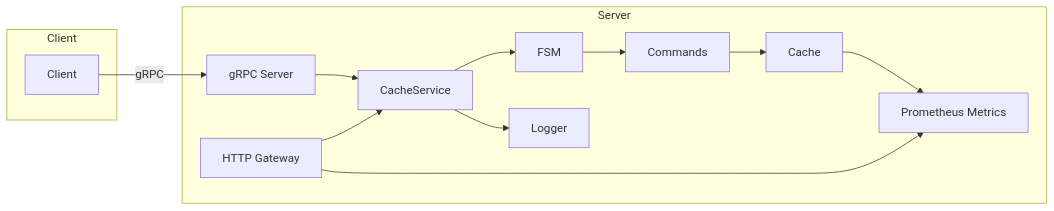
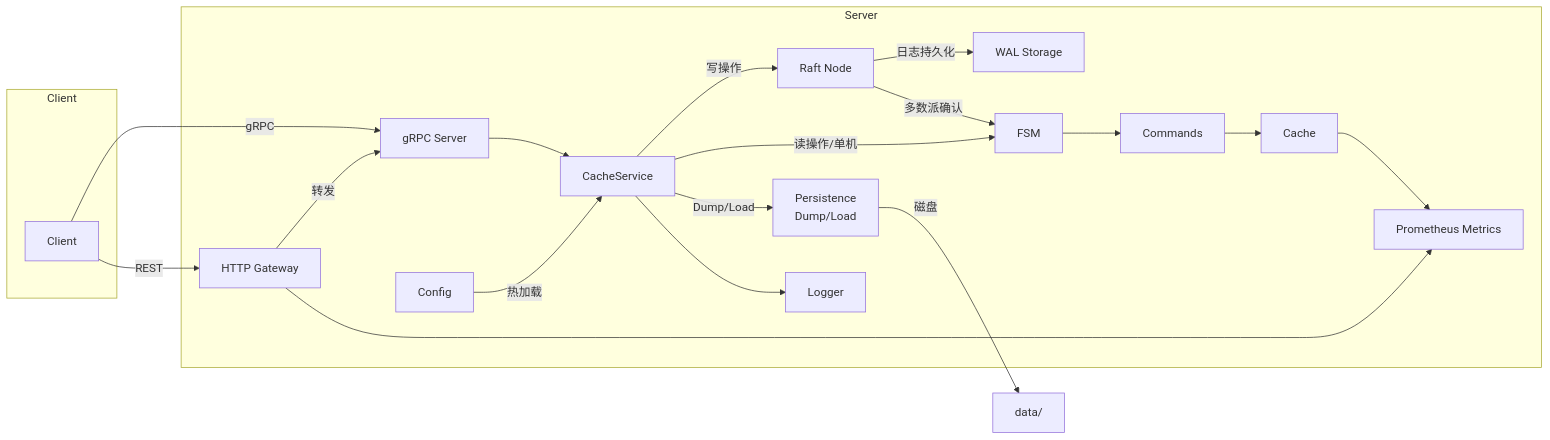
One commit to lushenle/simple-cache changed the first of 2 diagrams in docs/architecture.md. Above: the diagram before and after it, drawn with Mermaid. The commit also changed other lines of this file and 25 other files, not shown here.

First line of the commit message:
feat: dump and load feature (#6)

````diff
--- a/docs/architecture.md
+++ b/docs/architecture.md
@@ -3,26 +3,37 @@
 ```mermaid
 flowchart LR
     subgraph Client
       CLI[Client]
     end
     subgraph Server
       GW[HTTP Gateway]
       GRPC[gRPC Server]
       CS[CacheService]
       FSM[FSM]
       CMD[Commands]
       C[Cache]
+      RAFT[Raft Node]
+      STORE[WAL Storage]
+      PERSIST[Persistence<br/>Dump/Load]
       METRICS[Prometheus Metrics]
       LOG[Logger]
+      CFG[Config]
     end
 
     CLI -->|gRPC| GRPC
+    CLI -->|REST| GW
+    GW -->|转发| GRPC
     GRPC --> CS
-    GW --> CS
-    CS --> FSM
+    CS -->|写操作| RAFT
+    RAFT -->|日志持久化| STORE
+    RAFT -->|多数派确认| FSM
+    CS -->|读操作/单机| FSM
     FSM --> CMD
     CMD --> C
+    CS -->|Dump/Load| PERSIST
+    PERSIST -->|磁盘| DATA[data/]
     C --> METRICS
     CS --> LOG
     GW --> METRICS
+    CFG -->|热加载| CS
 ```
````
